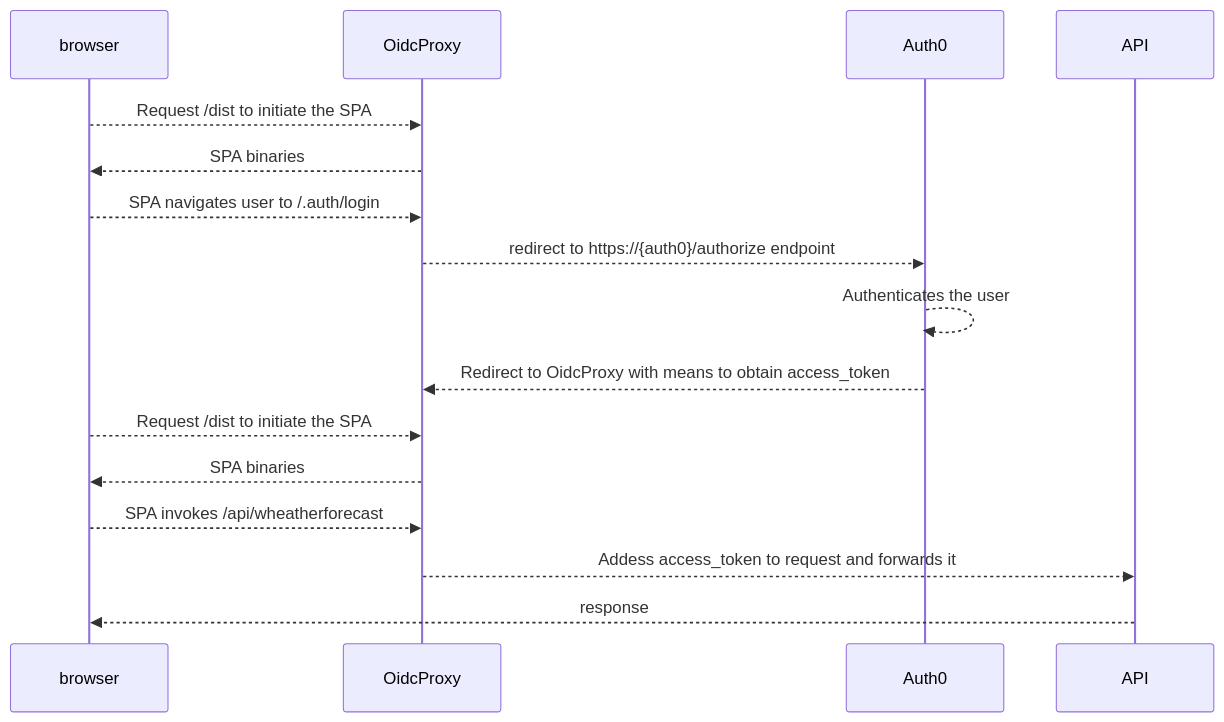
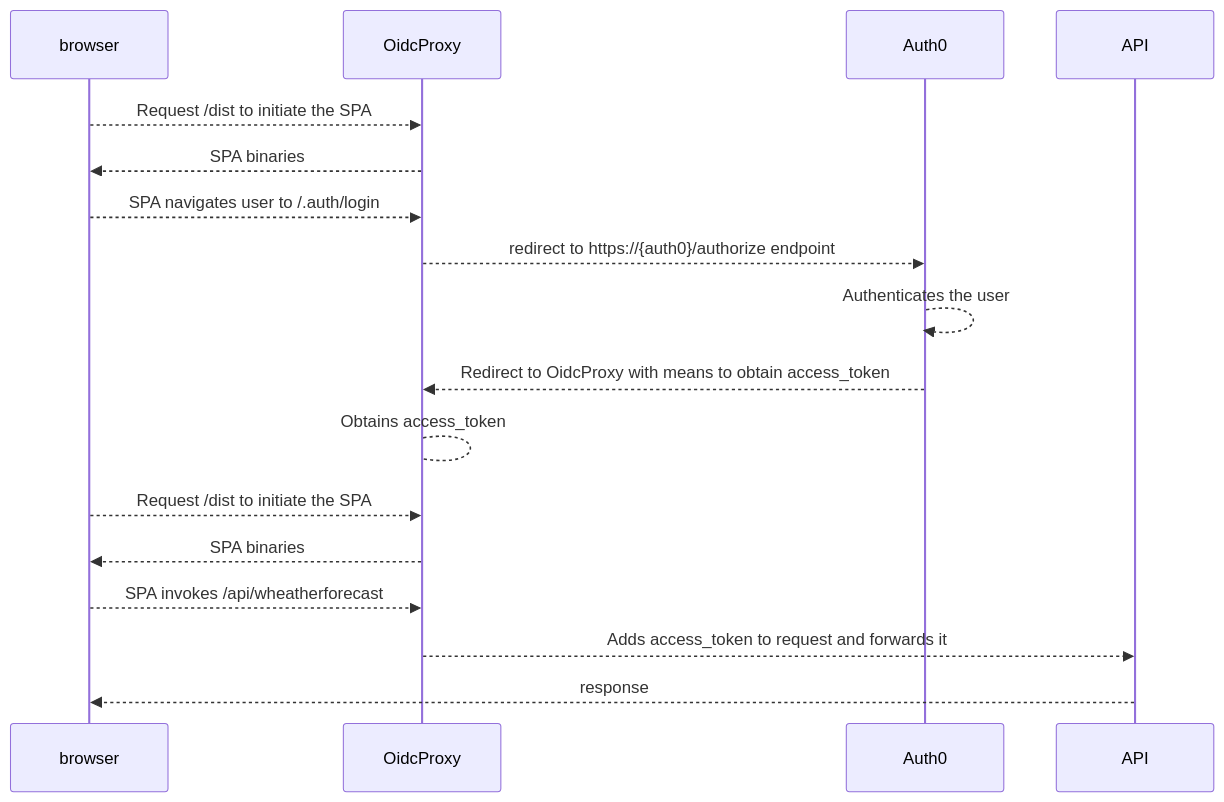
One commit to oidcproxydotnet/OidcProxy.Net changed the diagram in docs/demos/spa-bffs/auth0/src/readme.md. Above: the diagram before and after it, drawn with Mermaid.

Commit message:
docs: Added readme for auth0 spa+bff demo

````diff
--- a/docs/demos/spa-bffs/auth0/src/readme.md
+++ b/docs/demos/spa-bffs/auth0/src/readme.md
@@ -16,16 +16,17 @@
 ```mermaid
 sequenceDiagram
 
     browser -->> OidcProxy: Request /dist to initiate the SPA
     OidcProxy -->> browser: SPA binaries
     browser -->> OidcProxy: SPA navigates user to /.auth/login
     OidcProxy -->> Auth0: redirect to https://{auth0}/authorize endpoint
     Auth0 -->> Auth0: Authenticates the user
     Auth0 -->> OidcProxy: Redirect to OidcProxy with means to obtain access_token
+    OidcProxy --> OidcProxy: Obtains access_token
     browser -->> OidcProxy: Request /dist to initiate the SPA
     OidcProxy -->> browser: SPA binaries
     browser -->> OidcProxy: SPA invokes /api/wheatherforecast
 
-    OidcProxy -->> API: Addess access_token to request and forwards it
+    OidcProxy -->> API: Adds access_token to request and forwards it
     API -->> browser: response
 ```
````
